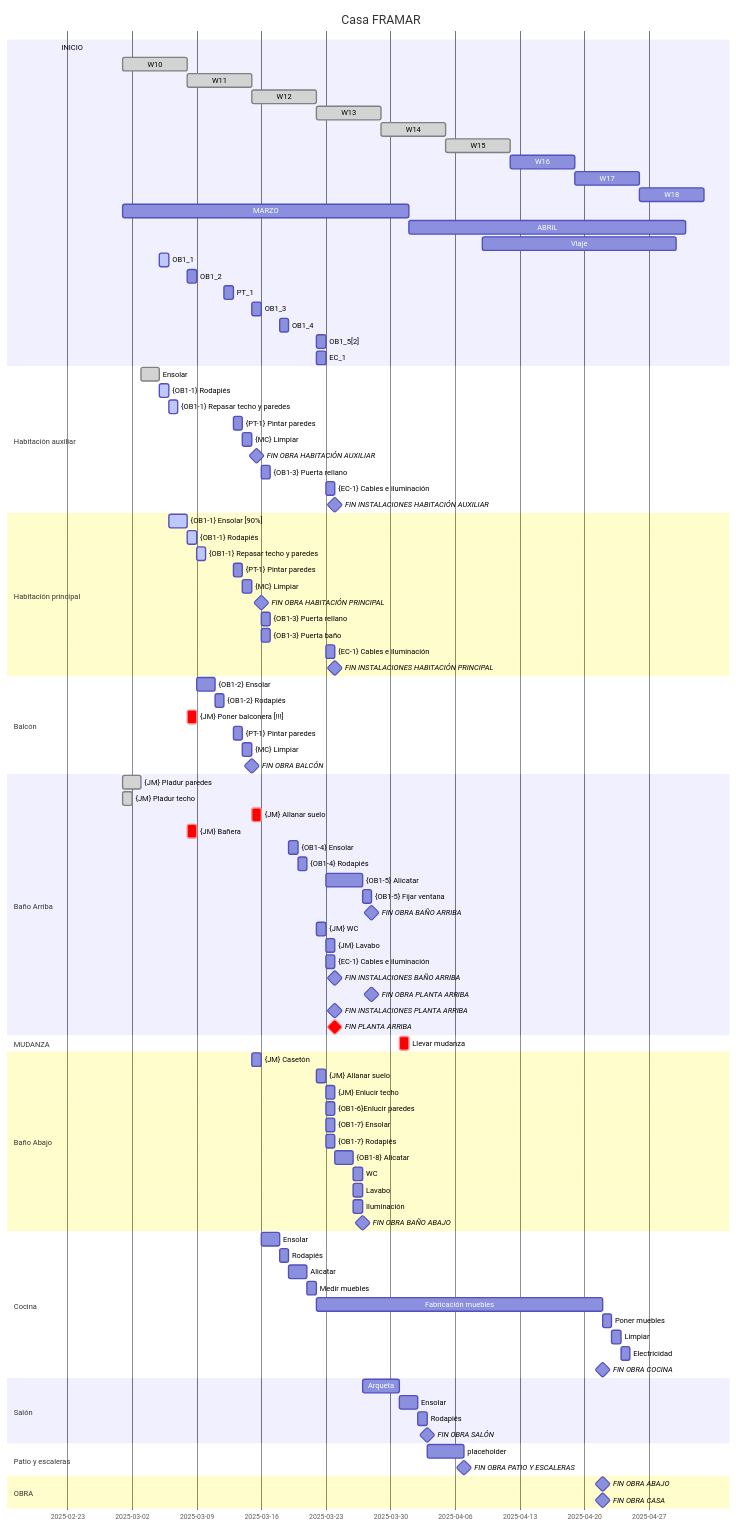
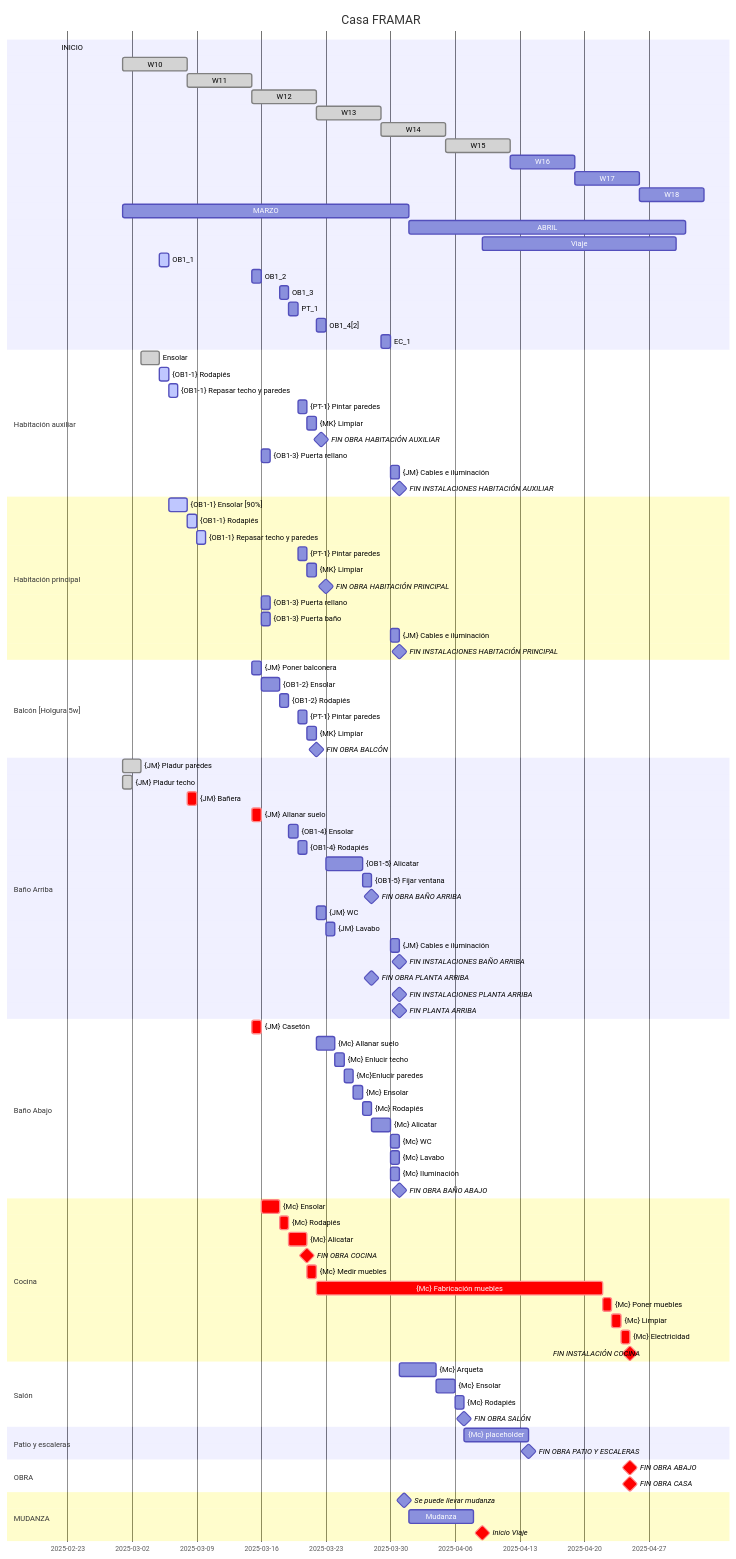
Before and after one commit to DiegoCLindsey/cajon_de_sastre: the diagram in Casa_Marcos.md, drawn with Mermaid. The commit also changed other lines of this file, not shown here.

Commit message:
Update Casa_Marcos.md
- Plan actualizado
- Señalar camino crítico

````diff
--- a/Casa_Marcos.md
+++ b/Casa_Marcos.md
@@ -7,4 +7,5 @@
 ```mermaid
+
 gantt
 
 title Casa FRAMAR
@@ -25,26 +26,27 @@
 
 MARZO                               :       MARZO, 01/03/25, 31d
 ABRIL                               :       ABRIL, 01/04/25, 30d
-Viaje                               :       VIAJE, 09/04/25, 21d
+Viaje                               :       VIAJE, after VIAJESTART, 21d
+
 
 OB1_1                               :active,OB1_1, 05/03/25, 1d
-OB1_2                               :       OB1_2, after W10, 1d
+OB1_2                               :       OB1_2, after W11, 1d
+OB1_3                               :       OB1_3, 18/03/25, 1d
 PT_1                                :       PT_1, after HB2, 1d
-OB1_3                               :       OB1_3, after W11, 1d
-OB1_4                               :       OB1_4, 18/03/25, 1d
-OB1_5[2]                            :       OB1_5, after W12, 1d
-EC_1                                :       EC_1, after W12, 1d
+OB1_4[2]                            :       OB1_4, after W12, 1d
+EC_1                                :       EC_1, after W13 HAFIN HPFIN HBFIN BAFIN, 1d
+
 
 section Habitación auxiliar
     Ensolar                         :done,  HA1, 03/03/2025, 2d
     {OB1-1} Rodapiés                        :active,HA2, after HA1, 0.5d
     {OB1-1} Repasar techo y paredes         :active,HA3, after HA2, 0.5d
     {PT-1} Pintar paredes                  :       HA4, after PT_1, 1d
-    {MC} Limpiar                         :       HA5, after HA4, 0.5d
+    {MK} Limpiar                         :       HA5, after HA4, 0.5d
     FIN OBRA HABITACIÓN AUXILIAR    :milestone, HAFIN, after HA1 HA2 HA3 HA4 HA5, 1d
 
-    {OB1-3} Puerta rellano                  :       HA_I2, after OB1_3, 0.5d
-    {EC-1} Cables e iluminación            :       HA_I1, after EC_1, 0.5d
+    {OB1-3} Puerta rellano                  :       HA_I2, after OB1_2, 0.5d
+    {JM} Cables e iluminación            :       HA_I1, after EC_1, 0.5d
     FIN INSTALACIONES HABITACIÓN AUXILIAR :milestone, HAIFIN, after HA_I1 HA_I2, 0d
 
 
@@ -53,82 +55,85 @@
     {OB1-1} Rodapiés                        :active,HP2, after HP1, 0.5d
     {OB1-1} Repasar techo y paredes         :active,HP3, after HP2, 0.5d
     {PT-1} Pintar paredes                  :     HP4, after PT_1, 0.5d
-    {MC} Limpiar                         :       HP5, after HP4, 0.5d
+    {MK} Limpiar                         :       HP5, after HP4, 0.5d
     FIN OBRA HABITACIÓN PRINCIPAL   :milestone, HPFIN, after HAFIN, 0d
 
-    {OB1-3} Puerta rellano                  :       HP_I2, after OB1_3, 0.5d
-    {OB1-3} Puerta baño                     :       HP_I3, after OB1_3, 0.5d
-    {EC-1} Cables e iluminación            :       HP_I1, after EC_1, 0.5d
+    {OB1-3} Puerta rellano                  :       HP_I2, after OB1_2, 0.5d
+    {OB1-3} Puerta baño                     :       HP_I3, after OB1_2, 0.5d
+    {JM} Cables e iluminación            :       HP_I1, after EC_1, 0.5d
     FIN INSTALACIONES HABITACIÓN PRINCIPAL :milestone, HPIFIN, after HP_I1 HP_I2 HP_I3, 0d
 
-section Balcón
-    {OB1-2} Ensolar                      :       HB1, after OB1_2, 2d
-    {OB1-2} Rodapiés                     :       HB2, after HB1, 1d
-    {JM} Poner balconera [!!!]           :crit,  HB6, after W10, 0.5d
-    {PT-1} Pintar paredes                  :     HB4, after PT_1, 0.5d
-    {MC} Limpiar                         :       HB5, after HB4, 0.5d
-    FIN OBRA BALCÓN                 :milestone, HBFIN, after HB1 HB2 HB4 HB5, 0d
+section Balcón [Holgura 5w]
+    {JM} Poner balconera               :   HB6, after W11, 0.5d
+    {OB1-2} Ensolar                      :        HB1, after HB6, 2d
+    {OB1-2} Rodapiés                     :        HB2, after HB1, 1d
+    {PT-1} Pintar paredes                  :      HB4, after PT_1, 0.5d
+    {MK} Limpiar                         :        HB5, after HB4, 0.5d
+    FIN OBRA BALCÓN                 :milestone,  HBFIN, after HB1 HB2 HB4 HB5, 0d
 
 section Baño Arriba
     {JM} Pladur paredes             :done,  BA1, 03/01/2025, 2d
     {JM} Pladur techo               :done,  BA2, 03/01/2025, 1d
-    {JM} Allanar suelo              :crit,  BA3, after W11, 1d
-    {JM} Bañera                     :crit,  BA9, after W10, 1d
-    {OB1-4} Ensolar                 :       BA4, after OB1_4, 1d
+    {JM} Bañera                     :crit,   BA9, after W10, 1d
+    {JM} Allanar suelo              :crit,   BA3, after W11 BA9, 1d
+    {OB1-4} Ensolar                 :       BA4, after OB1_3 BA3, 1d
     {OB1-4} Rodapiés                :       BA5, after BA4, 1d
-    {OB1-5} Alicatar                :       BA6, after OB1_5, 4d
+    {OB1-5} Alicatar                :       BA6, after OB1_4 BA5, 4d
     {OB1-5} Fijar ventana              :       BA7, after BA6, 0.5d
     FIN OBRA BAÑO ARRIBA            :milestone, BAFIN, after BA1 BA2 BA3 BA4 BA5 BA6 BA7, 0d
-    {JM} WC                         :       BA_I1, after W12, 0.5d
-    {JM} Lavabo                     :       BA_I2, after BA_I1, 0.5d
-    {EC-1} Cables e iluminación     :       BA_I3, after EC_1, 1d
+    {JM} WC                         :  BA_I1, after W12 BA4, 0.5d
+    {JM} Lavabo                     :  BA_I2, after BA_I1 BA4, 0.5d
+    {JM} Cables e iluminación     :       BA_I3, after EC_1 BAFIN, 1d
     FIN INSTALACIONES BAÑO ARRIBA  :milestone, BAIFIN, after BA_I1 BA_I2 BA_I3, 0d
     
     FIN OBRA PLANTA ARRIBA          :milestone , AAFIN, after HAFIN BAFIN HPFIN, 0d
-    FIN INSTALACIONES PLANTA ARRIBA :milestone , AAFIN, after HAIFIN BAIFIN HPIFIN, 0d
+    FIN INSTALACIONES PLANTA ARRIBA :milestone , AAIFIN, after HAIFIN BAIFIN HPIFIN, 0d
 
-    FIN PLANTA ARRIBA              :milestone, crit , PAFIN, after AAFIN, 0d
+    FIN PLANTA ARRIBA              :milestone, PAFIN, after AAFIN AAIFIN, 0d
 
-section MUDANZA
-    Llevar mudanza                      :crit,  HAMUD, 03/31/2025, 1d
 
 section Baño Abajo
-    {JM} Casetón                    :       BJ1, after W11, 1d
-    {JM} Allanar suelo              :       BJ2, after W12, 1d
-    {JM} Enlucir techo              :       BJ3, after BJ2, 1d
-    {OB1-6}Enlucir paredes          :       BJ4, after BJ2, 1d
-    {OB1-7} Ensolar                 :       BJ5, after BJ2, 1d
-    {OB1-7} Rodapiés                :       BJ6, after BJ2, 1d
-    {OB1-8} Alicatar                :       BJ7, after BJ5, 2d
-    WC                              :       BJ8, after BJ7, 0.5d
-    Lavabo                          :       BJ9, after BJ7, 0.5d
-    Iluminación                     :       BJ11, after BJ7, 1d
+    {JM} Casetón                    :crit,        BJ1, after W11, 1d
+    {Mc} Allanar suelo              :       BJ2, after CC4, 2d
+    {Mc} Enlucir techo              :       BJ3, after BJ2, 0.5d
+    {Mc}Enlucir paredes             :       BJ4, after BJ3, 0.5d
+    {Mc} Ensolar                    :       BJ5, after BJ4, 0.5d
+    {Mc} Rodapiés                   :       BJ6, after BJ5, 0.5d
+    {Mc} Alicatar                   :       BJ7, after BJ6, 2d
+    {Mc} WC                         :       BJ8, after BJ7, 0.5d
+    {Mc} Lavabo                     :       BJ9, after BJ7, 0.5d
+    {Mc} Iluminación                :       BJ11, after BJ7, 0.5d
     FIN OBRA BAÑO ABAJO             :milestone, BJFIN, after BJ11, 0d
 
 section Cocina
-    Ensolar                         :       CC1, after BJ1, 2d
-    Rodapiés                        :       CC2, after CC1, 1d
-    Alicatar                        :       CC4, after CC2, 2d
-    Medir muebles                   :       CC7, after CC4, 0.5d
-    Fabricación muebles             :       CC8, after CC7, 1M
-    Poner muebles                   :       CC9, after CC8, 1d
-    Limpiar                         :       CC5, after CC9, 0.5d
-    Electricidad                    :       CC6, after CC5, 1d
-    FIN OBRA COCINA                 :milestone, CCFIN, after CC8, 0d
+    {Mc} Ensolar                    :crit,        CC1, after BJ1, 2d
+    {Mc} Rodapiés                   :crit,        CC2, after CC1, 1d
+    {Mc} Alicatar                   :crit,        CC3, after CC2, 2d
+    FIN OBRA COCINA                 :crit, milestone, CCFIN, after CC3, 0d
+    {Mc} Medir muebles              :crit,        CC4, after CC3, 0.5d
+    {Mc} Fabricación muebles        :crit,        CC5, after CC4, 1M
+    {Mc} Poner muebles              :crit,        CC6, after CC5, 1d
+    {Mc} Limpiar                    :crit,        CC7, after CC6, 0.5d
+    {Mc} Electricidad               :crit,        CC8, after CC7, 1d
+    FIN INSTALACIÓN COCINA          :milestone, crit, CCIFIN, after CC4 CC5 CC6 CC7 CC8, 0d
 
 section Salón
-    Arqueta                         :       SL1, after BJFIN, 4d
-    Ensolar                         :       SL2, after SL1, 2d
-    Rodapiés                        :       SL3, after SL2, 1d
+    {Mc} Arqueta                    :       SL1, after BJFIN, 4d
+    {Mc} Ensolar                    :       SL2, after SL1, 2d
+    {Mc} Rodapiés                   :       SL3, after SL2, 1d
     FIN OBRA SALÓN                  :milestone, SLFIN, after SL3, 0d
 
 section Patio y escaleras
-    placeholder                     :       PH4, after SLFIN, 4d
+    {Mc} placeholder                :       PH4, after SLFIN, 1w
     FIN OBRA PATIO Y ESCALERAS      :milestone, PHFIN, after PH4, 0d
 
 section OBRA
-    FIN OBRA ABAJO                  :milestone, ABFIN, after BJFIN CCFIN SLFIN PHFIN, 0d
-    FIN OBRA CASA                       :milestone, FINOBRA , after AAFIN ABFIN, 0d
+    FIN OBRA ABAJO                  :milestone, crit, ABFIN, after BJFIN CCFIN CCIFIN SLFIN PHFIN, 0d
+    FIN OBRA CASA                   :milestone, crit, FINOBRA , after PAFIN ABFIN , 0d
 
+section MUDANZA
+    Se puede llevar mudanza                      :milestone,  HAMUD, after HPFIN HBFIN HAFIN HPIFIN HAIFIN BAIFIN, 1d
+    Mudanza                     :MUD, after HAMUD, 7d
+    Inicio Viaje                        :milestone, crit, VIAJESTART, 09/04/25, 0d
 
 ```
````
